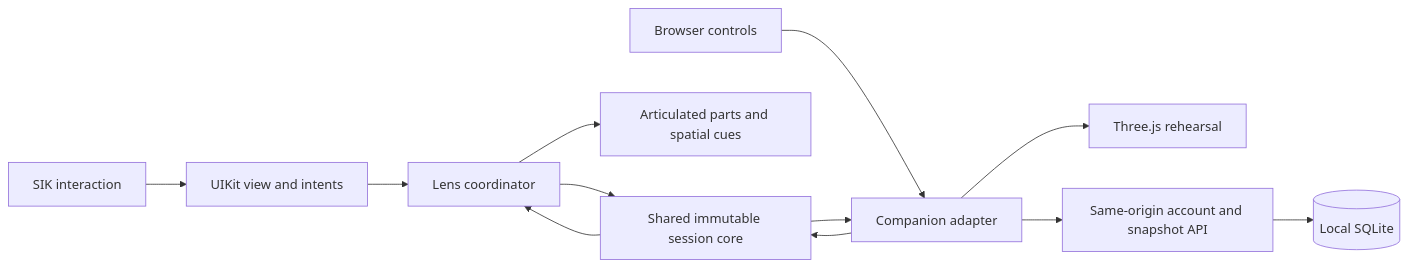
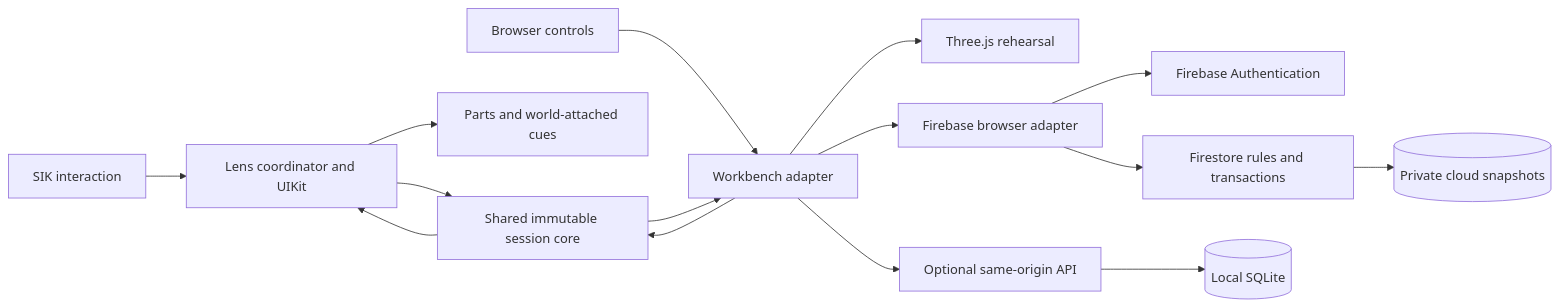
One commit to shi1720/partcue changed the diagram in docs/architecture.md. Above: the diagram before and after it, drawn with Mermaid. The commit also changed other lines of this file and 57 other files, not shown here.

````diff
--- a/docs/architecture.md
+++ b/docs/architecture.md
@@ -5,14 +5,17 @@
 ```mermaid
 flowchart LR
-  Pinch[SIK interaction] --> LensUI[UIKit view and intents]
-  LensUI --> LensMain[Lens coordinator]
-  LensMain --> Core[Shared immutable session core]
-  Core --> LensMain
-  LensMain --> Cues[Articulated parts and spatial cues]
-  Browser[Browser controls] --> Web[Companion adapter]
+  Pinch[SIK interaction] --> Lens[Lens coordinator and UIKit]
+  Lens --> Core[Shared immutable session core]
+  Core --> Lens
+  Lens --> Cues[Parts and world-attached cues]
+  Browser[Browser controls] --> Web[Workbench adapter]
   Web --> Core
   Core --> Web
   Web --> Scene[Three.js rehearsal]
-  Web --> API[Same-origin account and snapshot API]
-  API --> DB[(Local SQLite)]
+  Web --> Cloud[Firebase browser adapter]
+  Cloud --> Auth[Firebase Authentication]
+  Cloud --> Rules[Firestore rules and transactions]
+  Rules --> DB[(Private cloud snapshots)]
+  Web --> Local[Optional same-origin API]
+  Local --> SQLite[(Local SQLite)]
 ```
````
